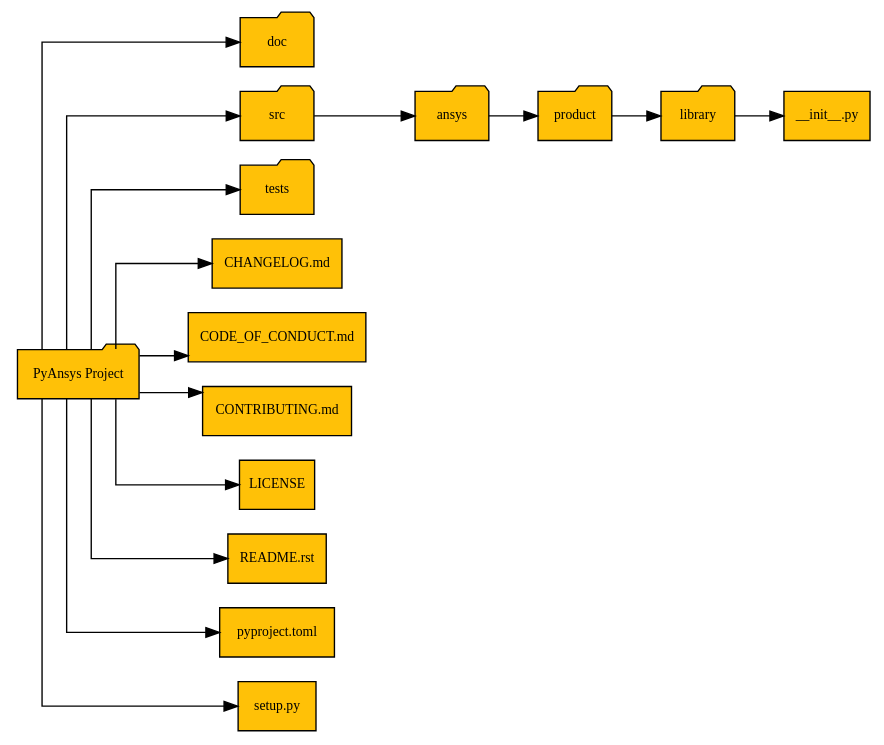
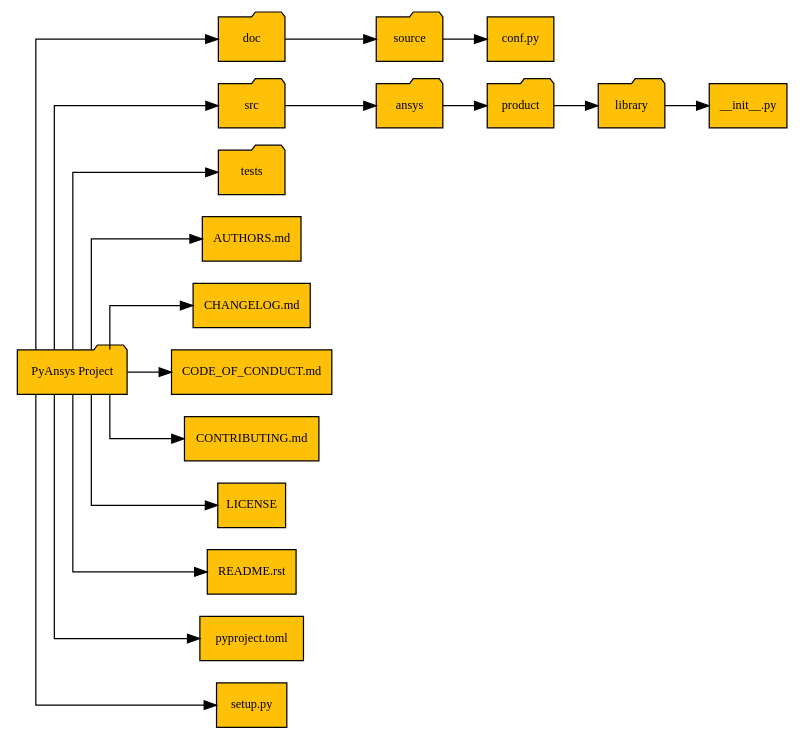
One commit to ansys/pyansys-dev-guide changed the diagram in doc/source/packaging/diag/pyproduct_library_structure_diag.rst. Above: the diagram before and after it, drawn with Graphviz. The commit also changed 3 other files, not shown here.

```diff
--- a/doc/source/packaging/diag/pyproduct_library_structure_diag.rst
+++ b/doc/source/packaging/diag/pyproduct_library_structure_diag.rst
@@ -23,8 +23,16 @@
            label="doc", shape="folder"
          ]
 
+         source [
+           label="source", shape="folder"
+         ]
+
          src [
            label="src", shape="folder"
+         ]
+
+         conf_file [
+           label="conf.py", shape="file"
          ]
 
          ansys [
@@ -45,6 +53,10 @@
 
          tests [
            label="tests", shape="folder"
+         ]
+
+         authors [
+           label="AUTHORS.md", shape="file"
          ]
 
          changelog [
@@ -79,6 +91,7 @@
          pyproduct_library -> doc;
          pyproduct_library -> src;
          pyproduct_library -> tests;
+         pyproduct_library -> authors;
          pyproduct_library -> license;
          pyproduct_library -> changelog;
          pyproduct_library -> code_of_conduct;
@@ -87,6 +100,9 @@
          pyproduct_library -> pyproject;
          pyproduct_library -> setup;
 
+         doc -> source;
+         source -> conf_file;
+
          src -> ansys;
          ansys -> product;
          product -> library;
```
